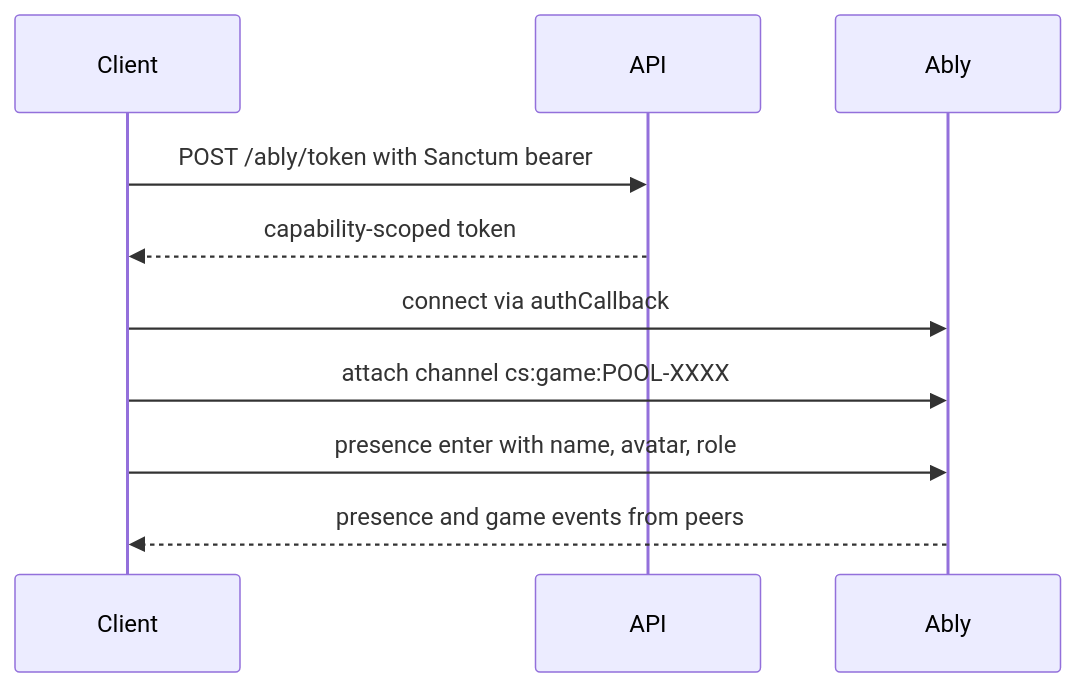
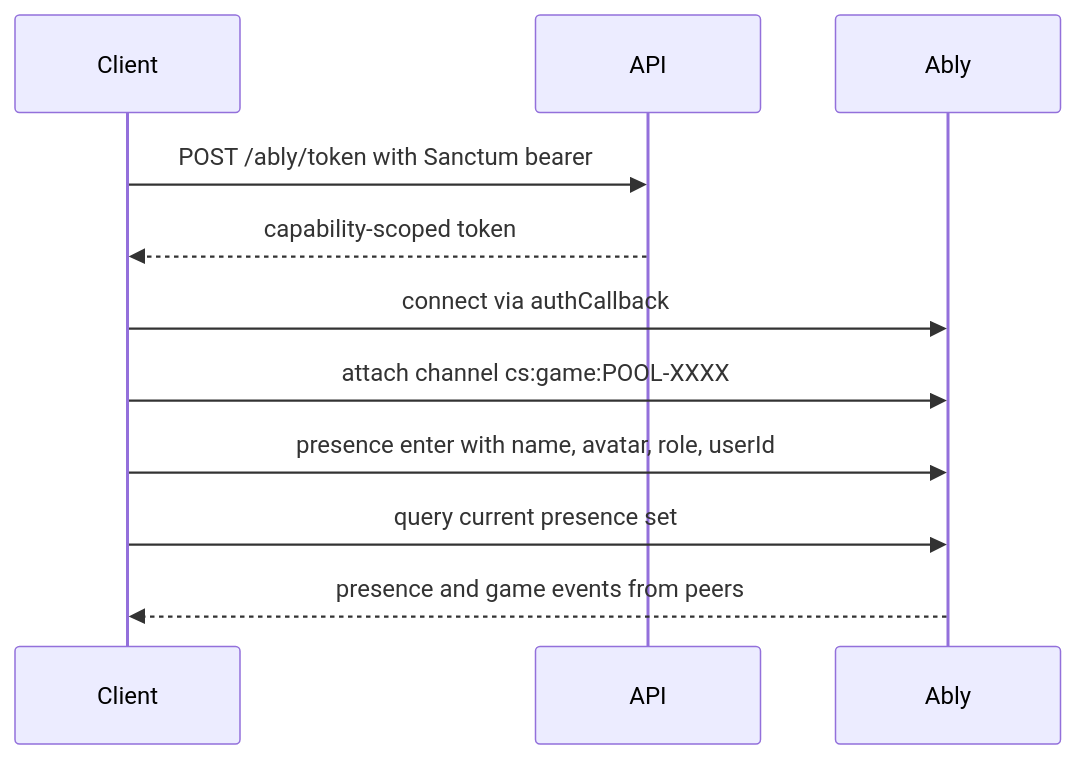
The first of 4 diagrams in trainer/multiplayer/connectivity.mdx (chalkysticks/docs), drawn with Mermaid before and after one commit. The commit also changed other lines of this file and 6 other files, not shown here.

````diff
--- a/trainer/multiplayer/connectivity.mdx
+++ b/trainer/multiplayer/connectivity.mdx
@@ -22,13 +22,14 @@
 ```mermaid
 sequenceDiagram
     participant Client
     participant API
     participant Ably
 
     Client->>API: POST /ably/token with Sanctum bearer
     API-->>Client: capability-scoped token
     Client->>Ably: connect via authCallback
     Client->>Ably: attach channel cs:game:POOL-XXXX
-    Client->>Ably: presence enter with name, avatar, role
+    Client->>Ably: presence enter with name, avatar, role, userId
+    Client->>Ably: query current presence set
     Ably-->>Client: presence and game events from peers
 ```
````
